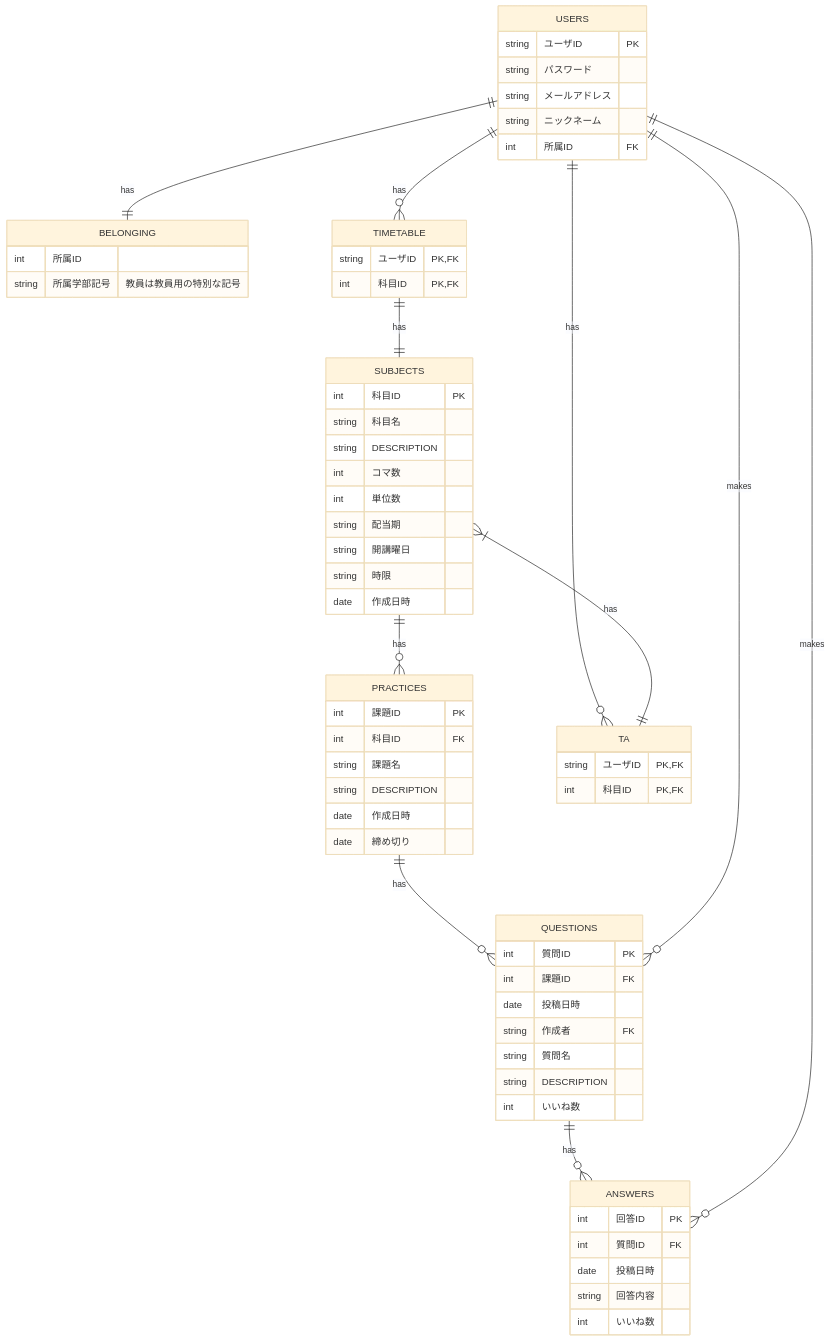
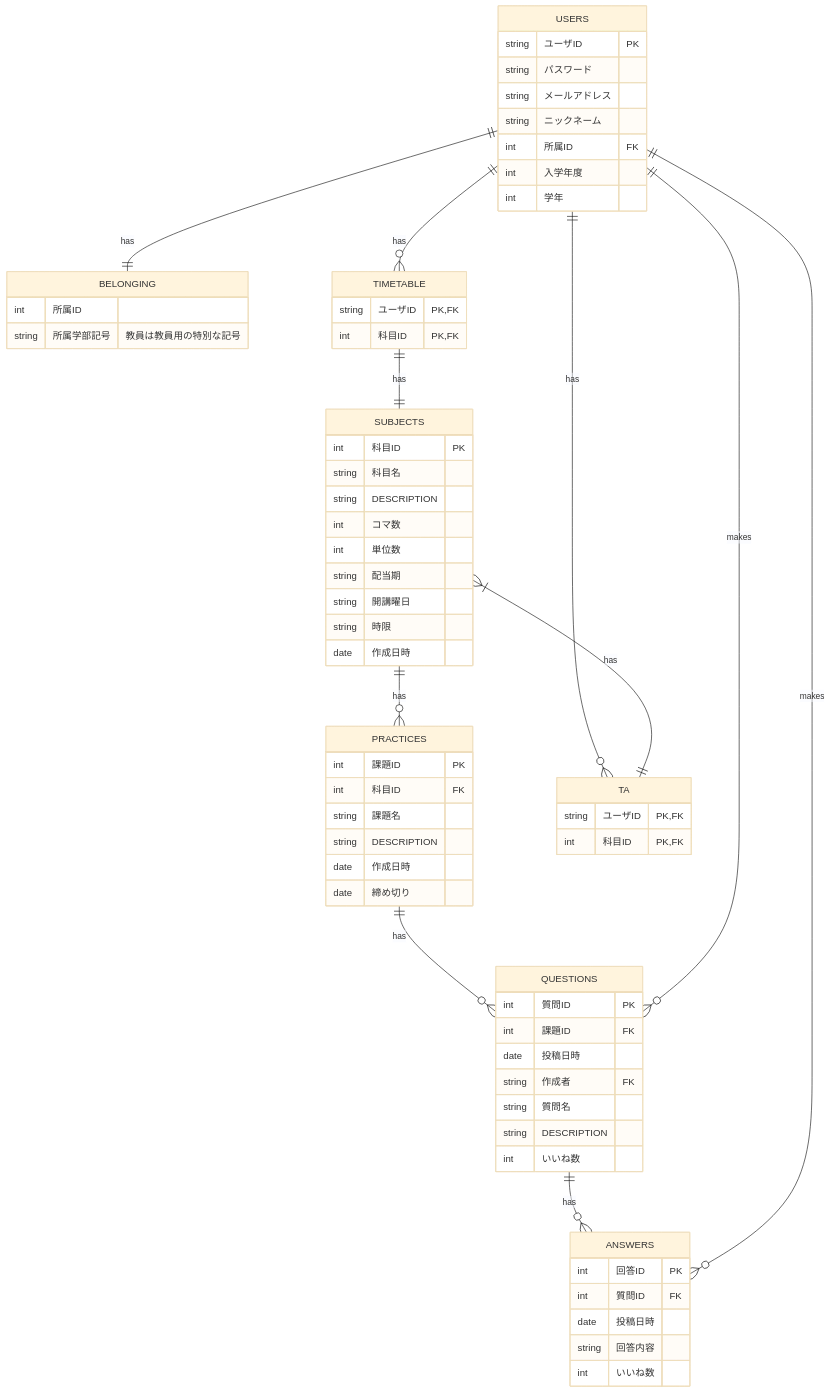
One commit to buhtiG27/ServerProgramming changed the diagram in QandA_ER.md. Above: the diagram before and after it, drawn with Mermaid (base theme).

Commit message:
USERSテーブルに欠けていた入学年度、学年の項目を追加

````diff
--- a/QandA_ER.md
+++ b/QandA_ER.md
@@ -3,75 +3,77 @@
 ```mermaid
     erDiagram
         USERS {
             string ユーザID PK
             string パスワード
             string メールアドレス
             string ニックネーム
             int 所属ID FK
+            int 入学年度
+            int 学年
         }
 
         BELONGING {
             int 所属ID
             string 所属学部記号 "教員は教員用の特別な記号"
         }
 
         SUBJECTS {
             int 科目ID PK
             string 科目名
             string DESCRIPTION
             int コマ数
             int 単位数
             string 配当期
             string 開講曜日
             string 時限
             date 作成日時
         }
 
         PRACTICES {
             int 課題ID PK
             int 科目ID FK
             string 課題名
             string DESCRIPTION
             date 作成日時
             date 締め切り
         }
 
         QUESTIONS {
             int 質問ID PK
             int 課題ID FK
             date 投稿日時
             string 作成者 FK
             string 質問名
             string DESCRIPTION
             int いいね数
         }
 
         ANSWERS {
             int 回答ID PK
             int 質問ID FK
             date 投稿日時
             string 回答内容
             int いいね数
         }
 
         TIMETABLE {
             string ユーザID PK,FK
             int 科目ID PK,FK
         }
 
         TA {
             string ユーザID PK,FK
             int 科目ID PK, FK
         }
 
         USERS ||--o{ TIMETABLE : has
         TIMETABLE ||--|| SUBJECTS : has
         SUBJECTS ||--o{ PRACTICES : has
         PRACTICES ||--o{ QUESTIONS : has
         QUESTIONS ||--o{ ANSWERS : has
         USERS ||--o{ QUESTIONS : makes
         USERS ||--o{ ANSWERS : makes
         USERS ||--|| BELONGING : has
         USERS ||--o{ TA : has
         SUBJECTS }|--|| TA : has
 ```
````
